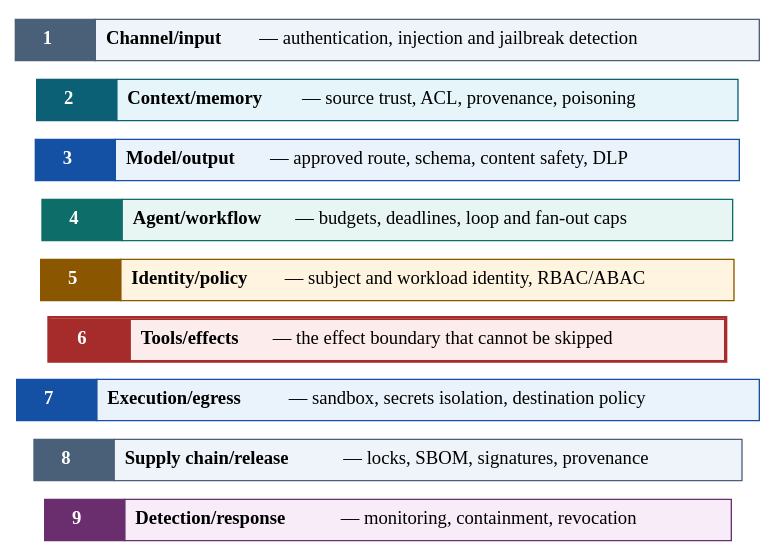
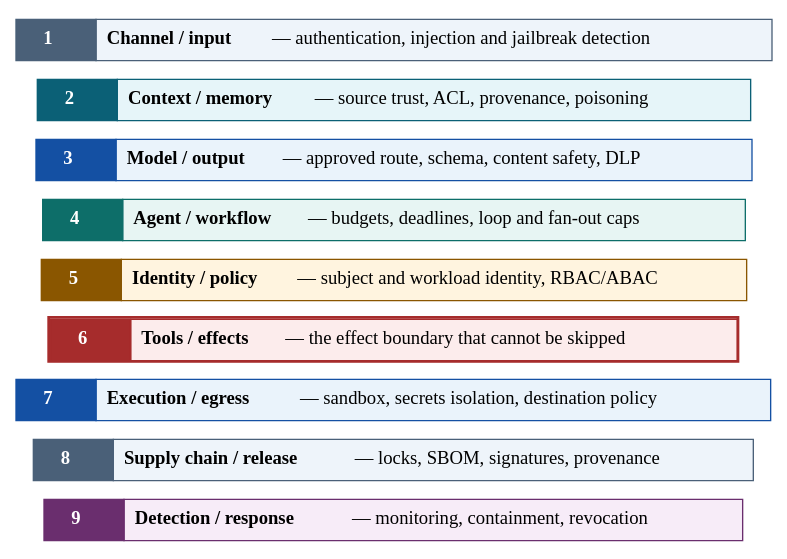
Before and after one commit to rrahimi-uci/building-enterprise-general-intelligence: the diagram in assets/diagrams/src/security-depth.gv, drawn with Graphviz. The commit also changed 84 other files, not shown here.

First line of the commit message:
Fix print-scale figure, cover, and table layout defects (pass 2, P2-C)

```diff
--- a/assets/diagrams/src/security-depth.gv
+++ b/assets/diagrams/src/security-depth.gv
@@ -1,39 +1,43 @@
 // Figure 20-1 — Defense-in-depth layers.
 // Message: no single control is trusted. The nine layers match the table in
 // Chapter 20; each has its own control and evidence, and the tools/effects
 // layer is the effect boundary, which cannot be skipped.
+//
+// The layer names are spaced around the slash ("Channel / input"): set tight in
+// the bold face the host substitutes for Liberation Sans, the slash ran into
+// its neighbours and read as "Channelinput".
 digraph security_depth {
   rankdir = TB
   graph [ranksep=0.12]
   node [shape=plaintext, style="", margin=0]
   edge [style=invis]
 
   l1 [label=<<TABLE BORDER="0" CELLBORDER="1" CELLSPACING="0" CELLPADDING="7" COLOR="#4A6078" BGCOLOR="#EEF4FA">
      <TR><TD WIDTH="60" BGCOLOR="#4A6078"><FONT COLOR="white"><B> 1 </B></FONT></TD>
-         <TD WIDTH="330" ALIGN="LEFT"><B>Channel/input</B> — authentication, injection and jailbreak detection</TD></TR></TABLE>>]
+         <TD WIDTH="330" ALIGN="LEFT"><B>Channel / input</B> — authentication, injection and jailbreak detection</TD></TR></TABLE>>]
   l2 [label=<<TABLE BORDER="0" CELLBORDER="1" CELLSPACING="0" CELLPADDING="7" COLOR="#0B6076" BGCOLOR="#E6F5F9">
      <TR><TD WIDTH="60" BGCOLOR="#0B6076"><FONT COLOR="white"><B> 2 </B></FONT></TD>
-         <TD WIDTH="330" ALIGN="LEFT"><B>Context/memory</B> — source trust, ACL, provenance, poisoning</TD></TR></TABLE>>]
+         <TD WIDTH="330" ALIGN="LEFT"><B>Context / memory</B> — source trust, ACL, provenance, poisoning</TD></TR></TABLE>>]
   l3 [label=<<TABLE BORDER="0" CELLBORDER="1" CELLSPACING="0" CELLPADDING="7" COLOR="#1450A3" BGCOLOR="#EAF3FB">
      <TR><TD WIDTH="60" BGCOLOR="#1450A3"><FONT COLOR="white"><B> 3 </B></FONT></TD>
-         <TD WIDTH="330" ALIGN="LEFT"><B>Model/output</B> — approved route, schema, content safety, DLP</TD></TR></TABLE>>]
+         <TD WIDTH="330" ALIGN="LEFT"><B>Model / output</B> — approved route, schema, content safety, DLP</TD></TR></TABLE>>]
   l4 [label=<<TABLE BORDER="0" CELLBORDER="1" CELLSPACING="0" CELLPADDING="7" COLOR="#0D6E69" BGCOLOR="#E7F5F3">
      <TR><TD WIDTH="60" BGCOLOR="#0D6E69"><FONT COLOR="white"><B> 4 </B></FONT></TD>
-         <TD WIDTH="330" ALIGN="LEFT"><B>Agent/workflow</B> — budgets, deadlines, loop and fan-out caps</TD></TR></TABLE>>]
+         <TD WIDTH="330" ALIGN="LEFT"><B>Agent / workflow</B> — budgets, deadlines, loop and fan-out caps</TD></TR></TABLE>>]
   l5 [label=<<TABLE BORDER="0" CELLBORDER="1" CELLSPACING="0" CELLPADDING="7" COLOR="#8A5600" BGCOLOR="#FFF4DF">
      <TR><TD WIDTH="60" BGCOLOR="#8A5600"><FONT COLOR="white"><B> 5 </B></FONT></TD>
-         <TD WIDTH="330" ALIGN="LEFT"><B>Identity/policy</B> — subject and workload identity, RBAC/ABAC</TD></TR></TABLE>>]
+         <TD WIDTH="330" ALIGN="LEFT"><B>Identity / policy</B> — subject and workload identity, RBAC/ABAC</TD></TR></TABLE>>]
   l6 [label=<<TABLE BORDER="2" CELLBORDER="1" CELLSPACING="0" CELLPADDING="7" COLOR="#A62C2C" BGCOLOR="#FCECEC">
      <TR><TD WIDTH="60" BGCOLOR="#A62C2C"><FONT COLOR="white"><B> 6 </B></FONT></TD>
-         <TD WIDTH="330" ALIGN="LEFT"><B>Tools/effects</B> — the effect boundary that cannot be skipped</TD></TR></TABLE>>]
+         <TD WIDTH="330" ALIGN="LEFT"><B>Tools / effects</B> — the effect boundary that cannot be skipped</TD></TR></TABLE>>]
   l7 [label=<<TABLE BORDER="0" CELLBORDER="1" CELLSPACING="0" CELLPADDING="7" COLOR="#1450A3" BGCOLOR="#EAF3FB">
      <TR><TD WIDTH="60" BGCOLOR="#1450A3"><FONT COLOR="white"><B> 7 </B></FONT></TD>
-         <TD WIDTH="330" ALIGN="LEFT"><B>Execution/egress</B> — sandbox, secrets isolation, destination policy</TD></TR></TABLE>>]
+         <TD WIDTH="330" ALIGN="LEFT"><B>Execution / egress</B> — sandbox, secrets isolation, destination policy</TD></TR></TABLE>>]
   l8 [label=<<TABLE BORDER="0" CELLBORDER="1" CELLSPACING="0" CELLPADDING="7" COLOR="#4A6078" BGCOLOR="#EEF4FA">
      <TR><TD WIDTH="60" BGCOLOR="#4A6078"><FONT COLOR="white"><B> 8 </B></FONT></TD>
-         <TD WIDTH="330" ALIGN="LEFT"><B>Supply chain/release</B> — locks, SBOM, signatures, provenance</TD></TR></TABLE>>]
+         <TD WIDTH="330" ALIGN="LEFT"><B>Supply chain / release</B> — locks, SBOM, signatures, provenance</TD></TR></TABLE>>]
   l9 [label=<<TABLE BORDER="0" CELLBORDER="1" CELLSPACING="0" CELLPADDING="7" COLOR="#6A2E6E" BGCOLOR="#F7ECF8">
      <TR><TD WIDTH="60" BGCOLOR="#6A2E6E"><FONT COLOR="white"><B> 9 </B></FONT></TD>
-         <TD WIDTH="330" ALIGN="LEFT"><B>Detection/response</B> — monitoring, containment, revocation</TD></TR></TABLE>>]
+         <TD WIDTH="330" ALIGN="LEFT"><B>Detection / response</B> — monitoring, containment, revocation</TD></TR></TABLE>>]
   l1 -> l2 -> l3 -> l4 -> l5 -> l6 -> l7 -> l8 -> l9
 }
```
